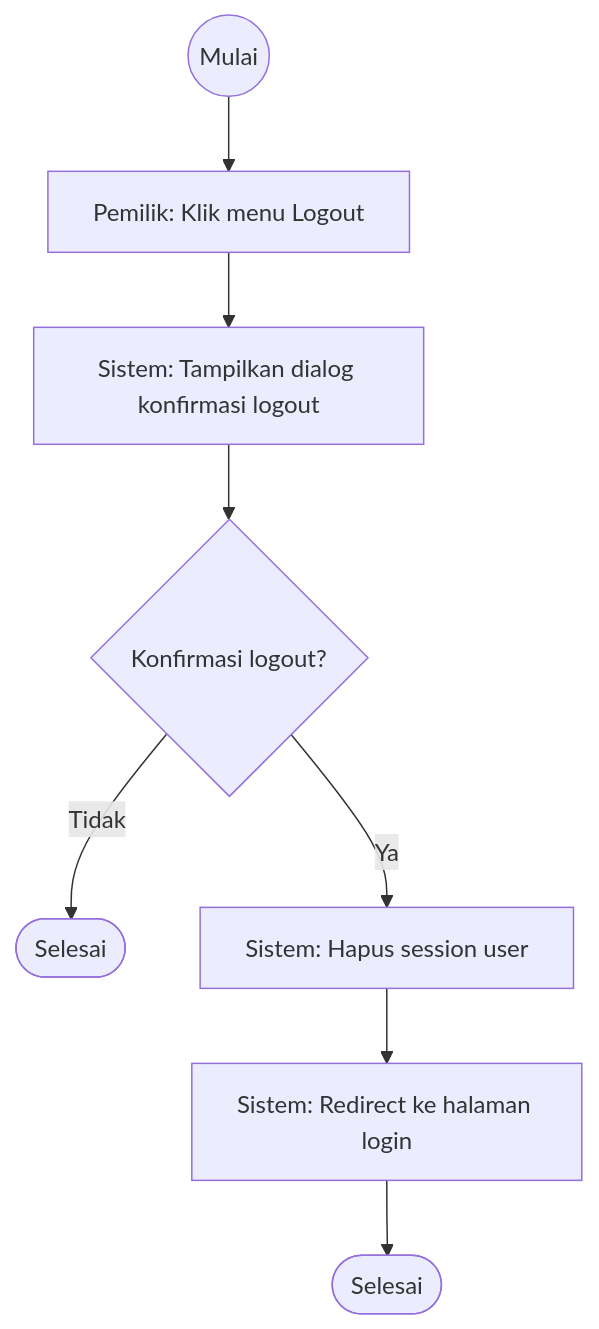
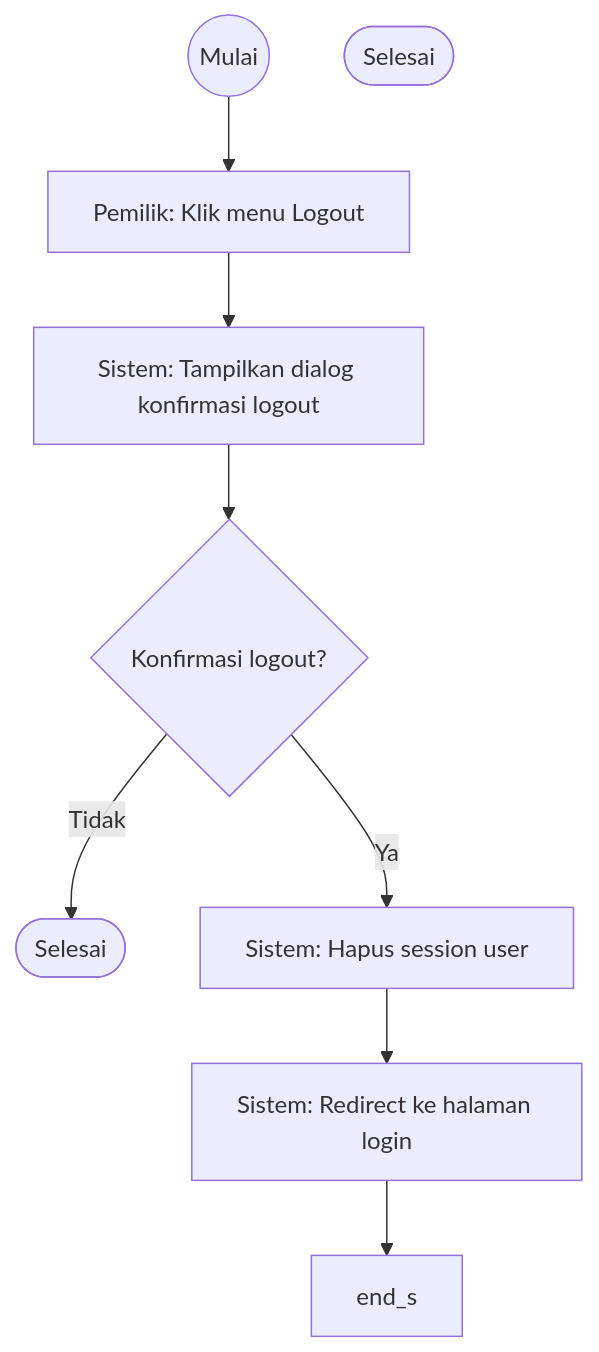
Before and after one commit to devWebs01/POS-DW: diagram 24 of 40 in docs/4.2-perancangan-sistem.md, drawn with Mermaid. The commit also changed other lines of this file, not shown here.

````diff
--- a/docs/4.2-perancangan-sistem.md
+++ b/docs/4.2-perancangan-sistem.md
@@ -1563,14 +1683,15 @@
 ```mermaid
 flowchart TD
   start((Mulai))
   A_A["Pemilik: Klik menu Logout"]
   start --> A_A
   S_A["Sistem: Tampilkan dialog konfirmasi logout"]
   A_A --> S_A
   D_A{"Konfirmasi logout?"}
   S_A --> D_A
   D_A -->|Tidak| end_cancel([Selesai])
   D_A -->|Ya| S_B["Sistem: Hapus session user"]
   S_B --> S_C["Sistem: Redirect ke halaman login"]
-  S_C --> end_success([Selesai])
+  S_C --> end_s
+uccess([Selesai])
 ```
````
